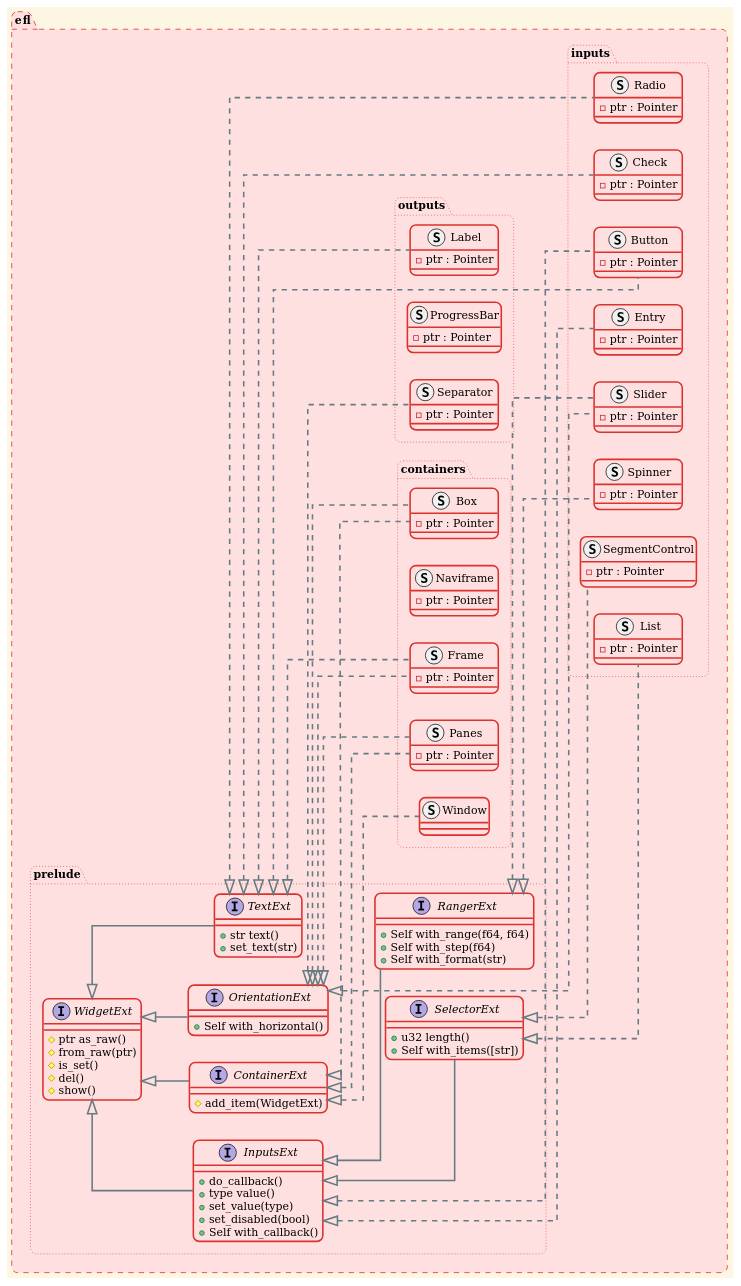
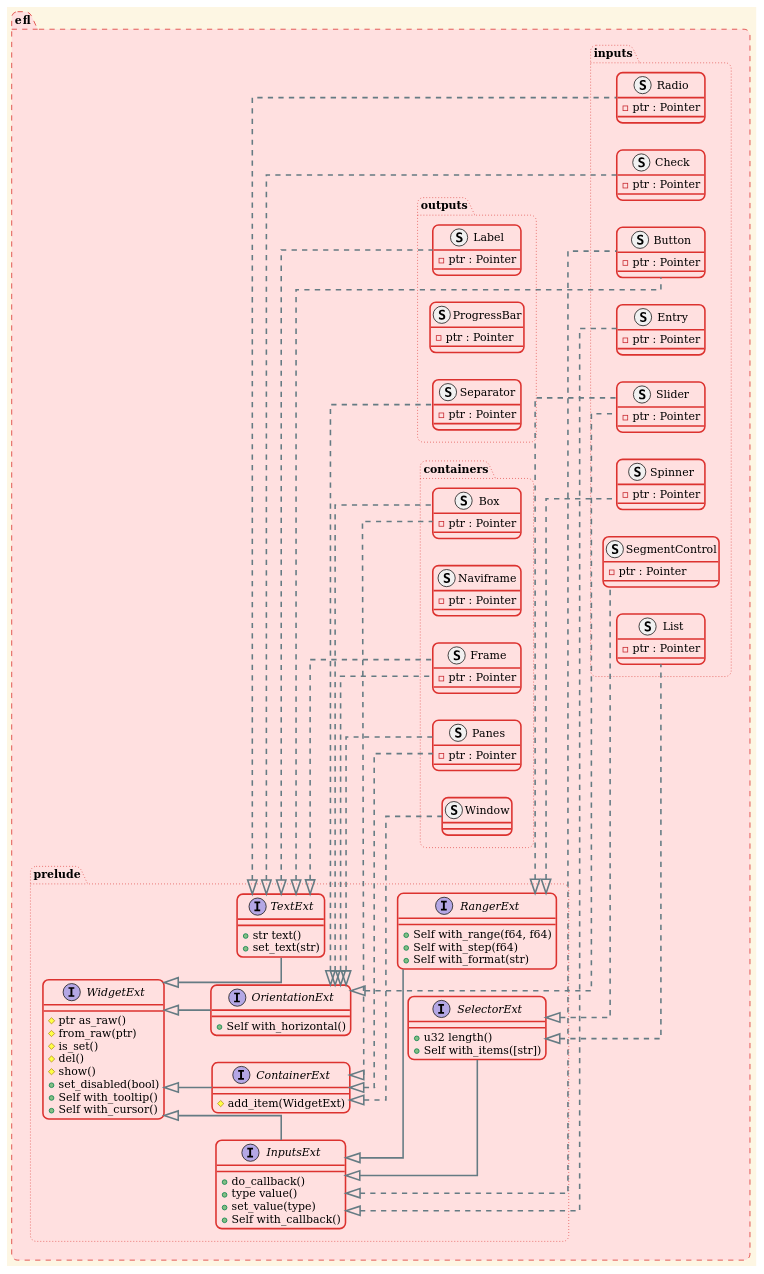
Before and after one commit to theavege/efl-rs: the diagram in README.md, drawn with PlantUML. The commit also changed 5 other files, not shown here.

First line of the commit message:
Free callbacks, move tooltip/cursor/disabled, unblock CI

```diff
--- a/README.md
+++ b/README.md
@@ -132,6 +132,9 @@
             #is_set()
             #del()
             #show()
+            +set_disabled(bool)
+            +Self with_tooltip()
+            +Self with_cursor()
         }
         interface TextExt {
             +str text()
@@ -147,7 +150,6 @@
             +do_callback()
             +type value()
             +set_value(type)
-            +set_disabled(bool)
             +Self with_callback()
         }
         interface RangerExt {
```
